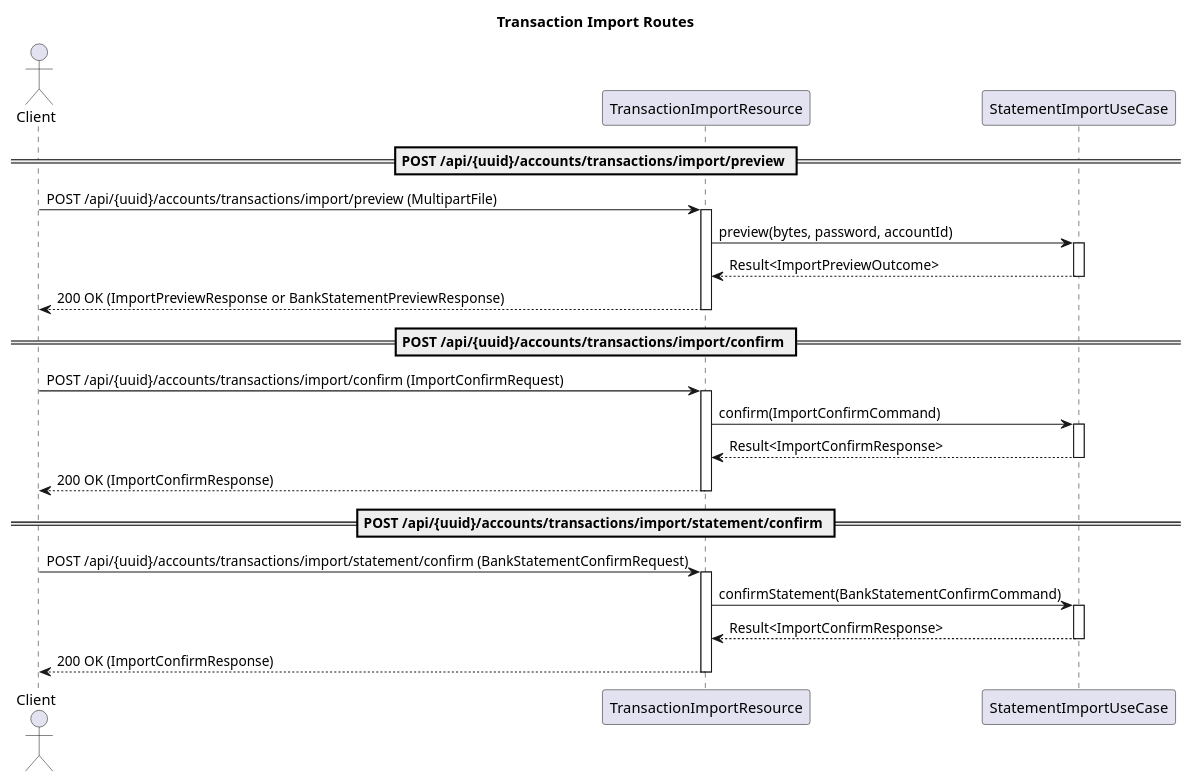
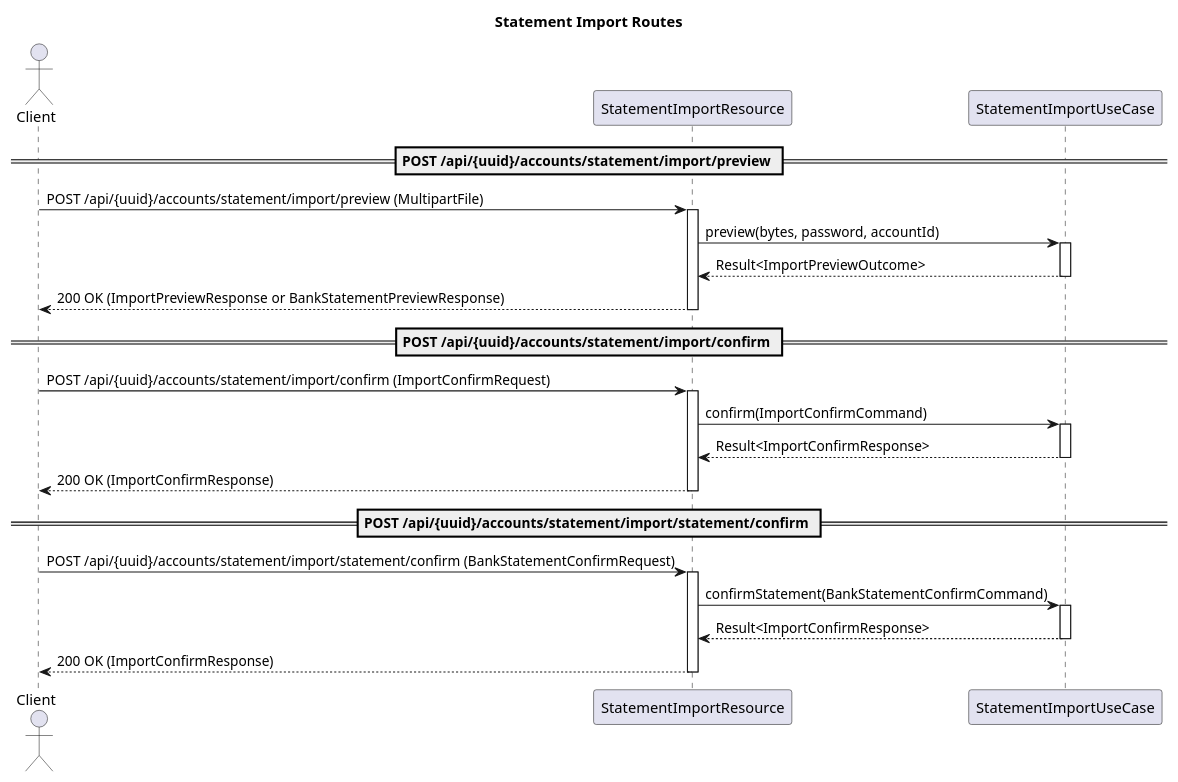
One commit to bkaraujo/cdb-judas changed the diagram in docs/routes/transaction-import.puml. Above: the diagram before and after it, drawn with PlantUML. The commit also changed 3 other files, not shown here.

First line of the commit message:
Renomeia `TransactionImportResource` para `StatementImportResource` e refatora rotas e testes relacionados

```diff
--- a/docs/routes/transaction-import.puml
+++ b/docs/routes/transaction-import.puml
@@ -1,37 +1,37 @@
 @startuml
-title Transaction Import Routes
+title Statement Import Routes
 
 actor Client
-participant "TransactionImportResource" as Resource
+participant "StatementImportResource" as Resource
 participant "StatementImportUseCase" as UseCase
 
-== POST /api/{uuid}/accounts/transactions/import/preview ==
-Client -> Resource: POST /api/{uuid}/accounts/transactions/import/preview (MultipartFile)
+== POST /api/{uuid}/accounts/statement/import/preview ==
+Client -> Resource: POST /api/{uuid}/accounts/statement/import/preview (MultipartFile)
 activate Resource
 Resource -> UseCase: preview(bytes, password, accountId)
 activate UseCase
 UseCase --> Resource: Result<ImportPreviewOutcome>
 deactivate UseCase
 Resource --> Client: 200 OK (ImportPreviewResponse or BankStatementPreviewResponse)
 deactivate Resource
 
-== POST /api/{uuid}/accounts/transactions/import/confirm ==
-Client -> Resource: POST /api/{uuid}/accounts/transactions/import/confirm (ImportConfirmRequest)
+== POST /api/{uuid}/accounts/statement/import/confirm ==
+Client -> Resource: POST /api/{uuid}/accounts/statement/import/confirm (ImportConfirmRequest)
 activate Resource
 Resource -> UseCase: confirm(ImportConfirmCommand)
 activate UseCase
 UseCase --> Resource: Result<ImportConfirmResponse>
 deactivate UseCase
 Resource --> Client: 200 OK (ImportConfirmResponse)
 deactivate Resource
 
-== POST /api/{uuid}/accounts/transactions/import/statement/confirm ==
-Client -> Resource: POST /api/{uuid}/accounts/transactions/import/statement/confirm (BankStatementConfirmRequest)
+== POST /api/{uuid}/accounts/statement/import/statement/confirm ==
+Client -> Resource: POST /api/{uuid}/accounts/statement/import/statement/confirm (BankStatementConfirmRequest)
 activate Resource
 Resource -> UseCase: confirmStatement(BankStatementConfirmCommand)
 activate UseCase
 UseCase --> Resource: Result<ImportConfirmResponse>
 deactivate UseCase
 Resource --> Client: 200 OK (ImportConfirmResponse)
 deactivate Resource
 @enduml
```
